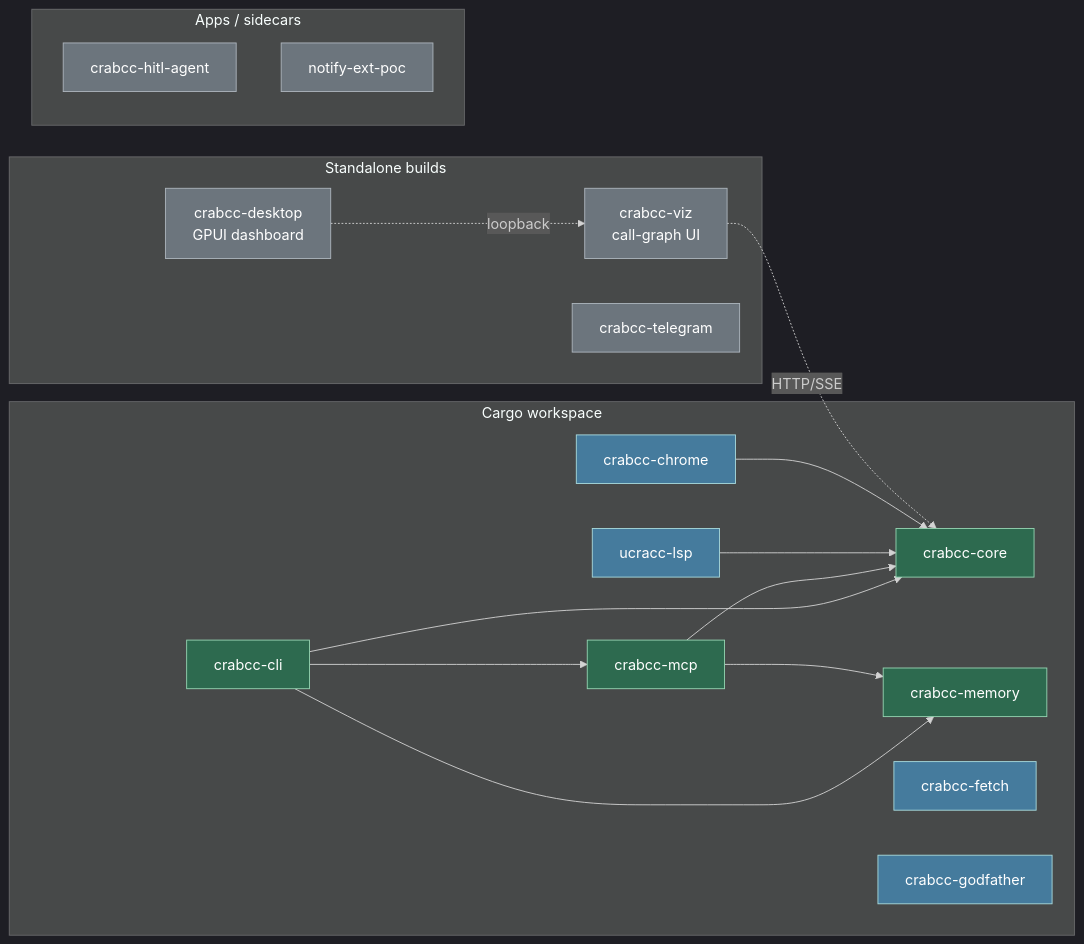
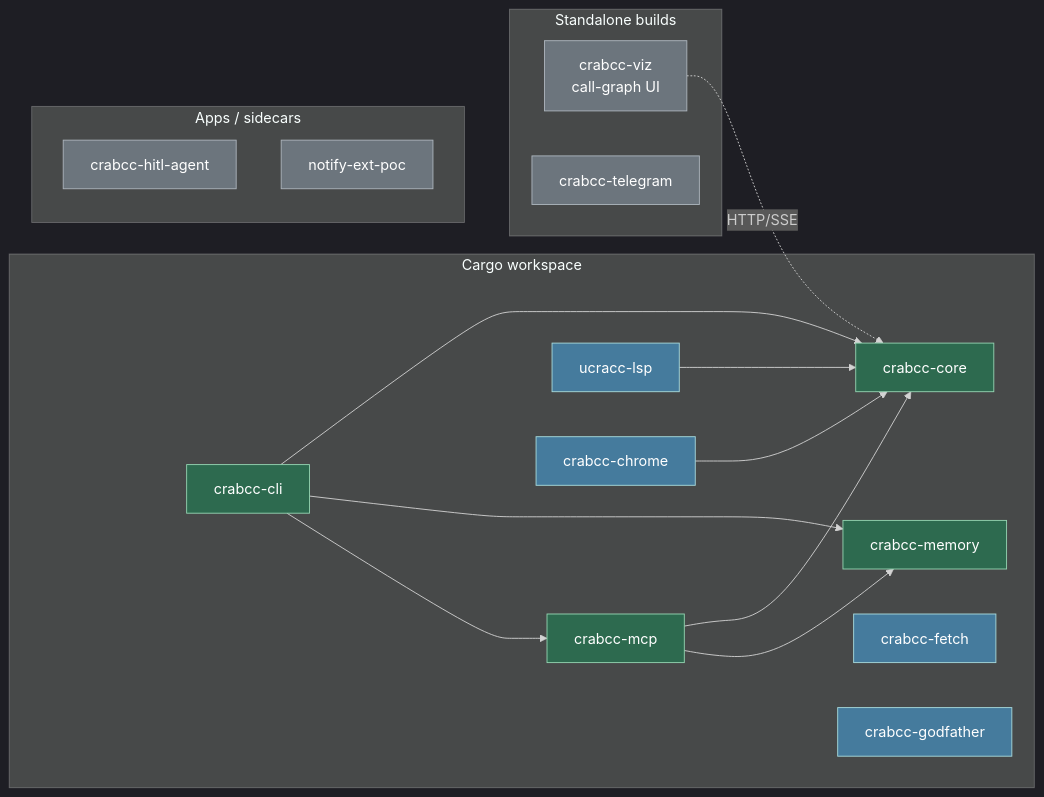
One commit to crabcc-labs/crabcc changed the second of 12 diagrams in docs/OVERVIEW.md. Above: the diagram before and after it, drawn with Mermaid. The commit also changed other lines of this file and 114 other files, not shown here.

````diff
--- a/docs/OVERVIEW.md
+++ b/docs/OVERVIEW.md
@@ -84,43 +84,41 @@
 ```mermaid
 %%{init: {'theme': 'dark'}}%%
 flowchart LR
   subgraph workspace["Cargo workspace"]
     CLI[crabcc-cli]
     CORE[crabcc-core]
     MCP[crabcc-mcp]
     MEM[crabcc-memory]
     FETCH[crabcc-fetch]
     GF[crabcc-godfather]
     LSP[ucracc-lsp]
     CHR[crabcc-chrome]
   end
 
   subgraph standalone["Standalone builds"]
     VIZ[crabcc-viz<br/>call-graph UI]
-    DESK[crabcc-desktop<br/>GPUI dashboard]
     TG[crabcc-telegram]
   end
 
   subgraph apps["Apps / sidecars"]
     HITL[crabcc-hitl-agent]
     NOTIFY[notify-ext-poc]
   end
 
   CLI --> CORE
   CLI --> MEM
   CLI --> MCP
   MCP --> CORE
   MCP --> MEM
   LSP --> CORE
   CHR --> CORE
   VIZ -.->|HTTP/SSE| CORE
-  DESK -.->|loopback| VIZ
 
   classDef core fill:#2d6a4f,stroke:#95d5b2,color:#fff
   classDef edge fill:#457b9d,stroke:#a8dadc,color:#fff
   classDef solo fill:#6c757d,stroke:#adb5bd,color:#fff
 
   class CORE,MEM,MCP,CLI core
   class LSP,CHR,FETCH,GF edge
-  class VIZ,DESK,TG,HITL,NOTIFY solo
+  class VIZ,TG,HITL,NOTIFY solo
 ```
````
